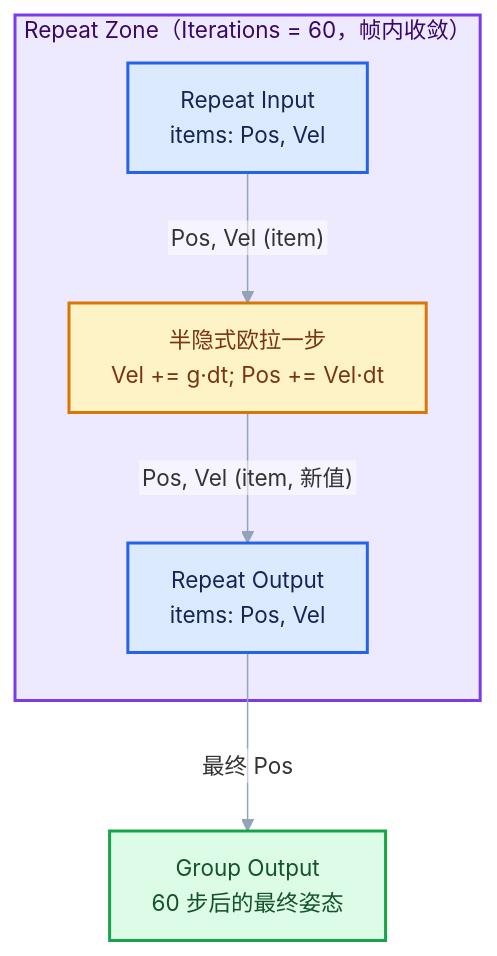
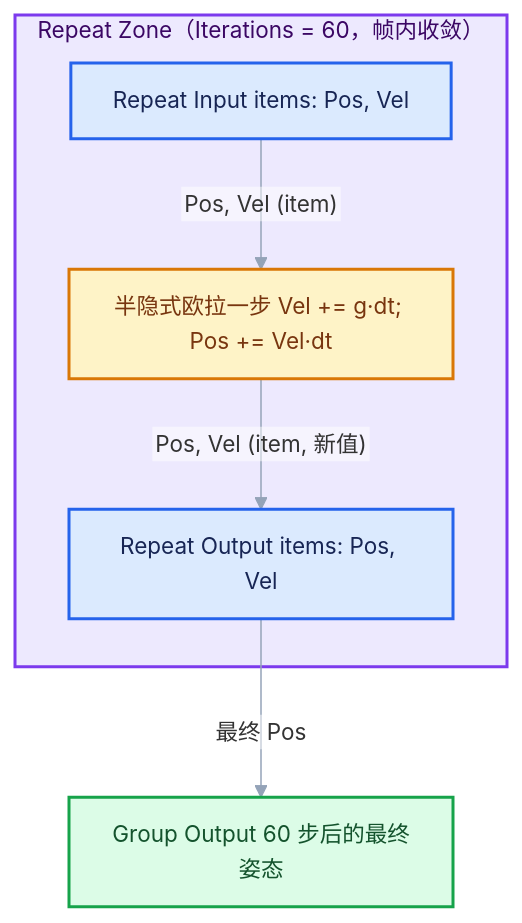
The ninth of 16 diagrams in 杂/markdown/重复区域-dsh/06-实战与性能/01-使用模式与迭代设计.md (yunkezengren/blender-.vscode), drawn with Mermaid before and after one commit. The commit also changed other lines of this file and 27 other files, not shown here.

````diff
--- a/杂/markdown/重复区域-dsh/06-实战与性能/01-使用模式与迭代设计.md
+++ b/杂/markdown/重复区域-dsh/06-实战与性能/01-使用模式与迭代设计.md
@@ -587,22 +572,22 @@
 ```mermaid
 %%{init: {"theme":"base","themeVariables":{"fontFamily":"\"Segoe UI\",\"Microsoft YaHei\",sans-serif","fontSize":"15px","lineColor":"#94A3B8","edgeLabelBackground":"#FFFFFF","clusterBkg":"#F8FAFC","clusterBorder":"#CBD5E1"},"flowchart":{"htmlLabels":false,"curve":"basis","nodeSpacing":52,"rankSpacing":64,"padding":14,"diagramPadding":16,"useMaxWidth":true},"sequence":{"useMaxWidth":true,"wrap":true,"mirrorActors":false,"messageMargin":36}}}%%
 flowchart TB
     subgraph ZONE["Repeat Zone（Iterations = 60，帧内收敛）"]
-        RI["Repeat Input<br/>items: Pos, Vel"]:::input
-        RO["Repeat Output<br/>items: Pos, Vel"]:::input
-        STEP["半隐式欧拉一步<br/>Vel += g·dt; Pos += Vel·dt"]:::compute
+        RI["Repeat Input items: Pos, Vel"]:::input
+        RO["Repeat Output items: Pos, Vel"]:::input
+        STEP["半隐式欧拉一步 Vel += g·dt; Pos += Vel·dt"]:::compute
         RI -- "Pos, Vel (item)" --> STEP
         STEP -- "Pos, Vel (item, 新值)" --> RO
     end
-    OUT["Group Output<br/>60 步后的最终姿态"]:::result
+    OUT["Group Output 60 步后的最终姿态"]:::result
     RO -- "最终 Pos" --> OUT
 
     class ZONE abstraction;
     class SIM abstraction;
     classDef input fill:#DBEAFE,stroke:#2563EB,color:#172554,stroke-width:2px;
     classDef data fill:#CFFAFE,stroke:#0891B2,color:#164E63,stroke-width:2px;
     classDef abstraction fill:#EDE9FE,stroke:#7C3AED,color:#3B0764,stroke-width:2px;
     classDef compute fill:#FEF3C7,stroke:#D97706,color:#78350F,stroke-width:2px;
     classDef result fill:#DCFCE7,stroke:#16A34A,color:#14532D,stroke-width:2px;
     classDef error fill:#FEE2E2,stroke:#DC2626,color:#7F1D1D,stroke-width:2px;
 ```
````
